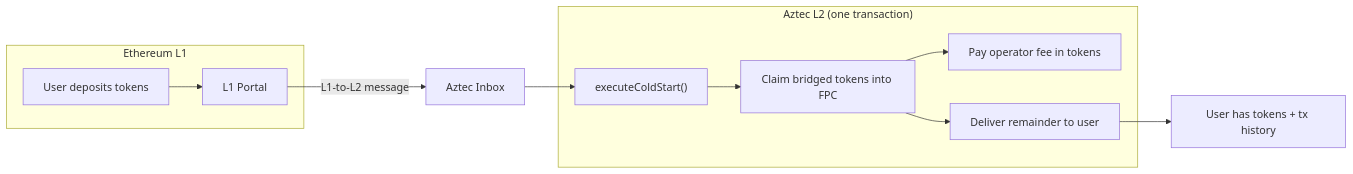
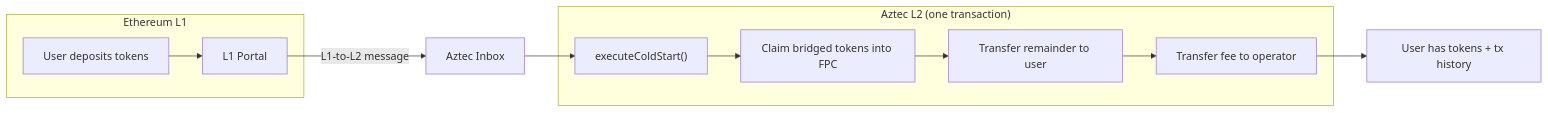
The diagram in docs/how-to/cold-start-flow.md (NethermindEth/aztec-fpc), drawn with Mermaid before and after one commit. The commit also changed 1 other file, not shown here.

Commit message:
fix: add missing steps to Mermaid diagrams after source audit
- Standard flow: add fee amount assertion between sig verify and transfer
- Cold-start flow: add all setup guards (tx root, claim >= fee, quote
  verify, fee assert, set_as_fee_payer) before app-phase steps
- Cold-start overview: fix parallel arrows to sequential (claim -> user
  transfer -> operator transfer matches source execution order)

````diff
--- a/docs/how-to/cold-start-flow.md
+++ b/docs/how-to/cold-start-flow.md
@@ -15,14 +15,14 @@
 ```mermaid
 flowchart LR
     subgraph L1 [Ethereum L1]
         A["User deposits tokens"] --> B["L1 Portal"]
     end
     B -->|"L1-to-L2 message"| C["Aztec Inbox"]
     C --> D["executeColdStart()"]
     subgraph L2 ["Aztec L2 (one transaction)"]
         D --> E["Claim bridged tokens into FPC"]
-        E --> F["Pay operator fee in tokens"]
-        E --> G["Deliver remainder to user"]
+        E --> F["Transfer remainder to user"]
+        F --> G["Transfer fee to operator"]
     end
     G --> H["User has tokens + tx history"]
 ```
````
